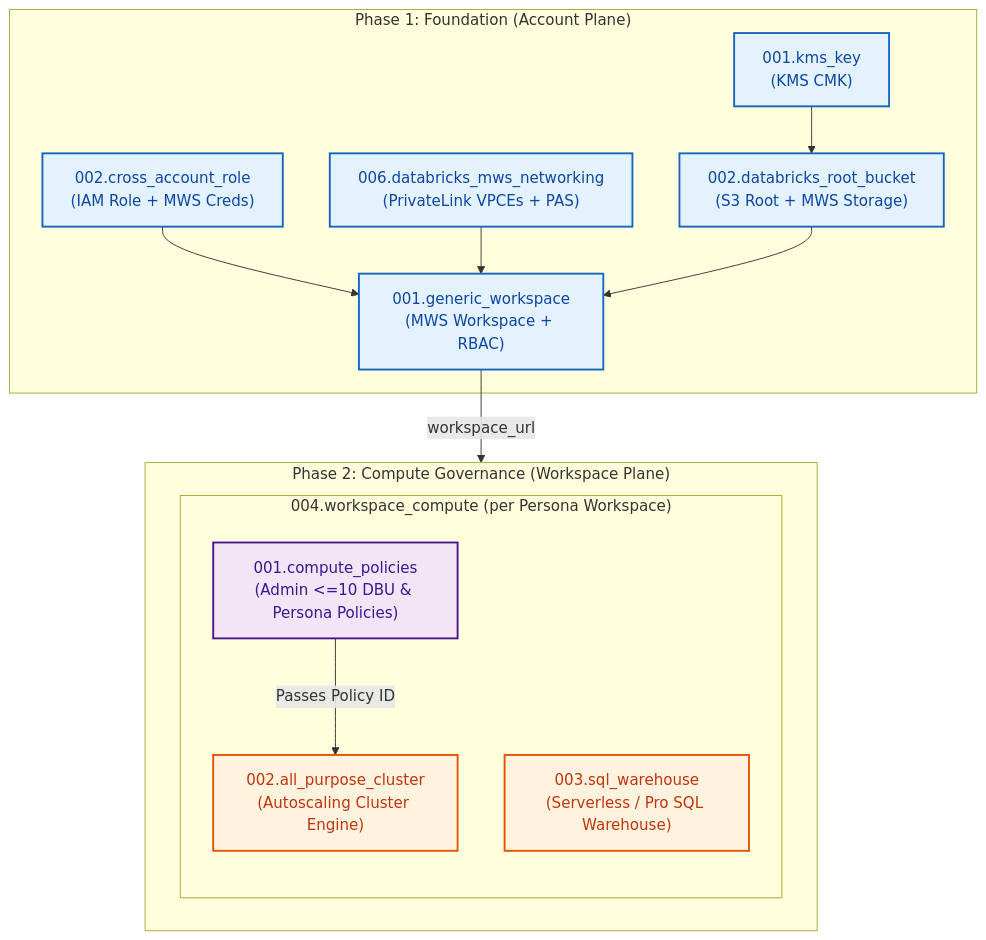
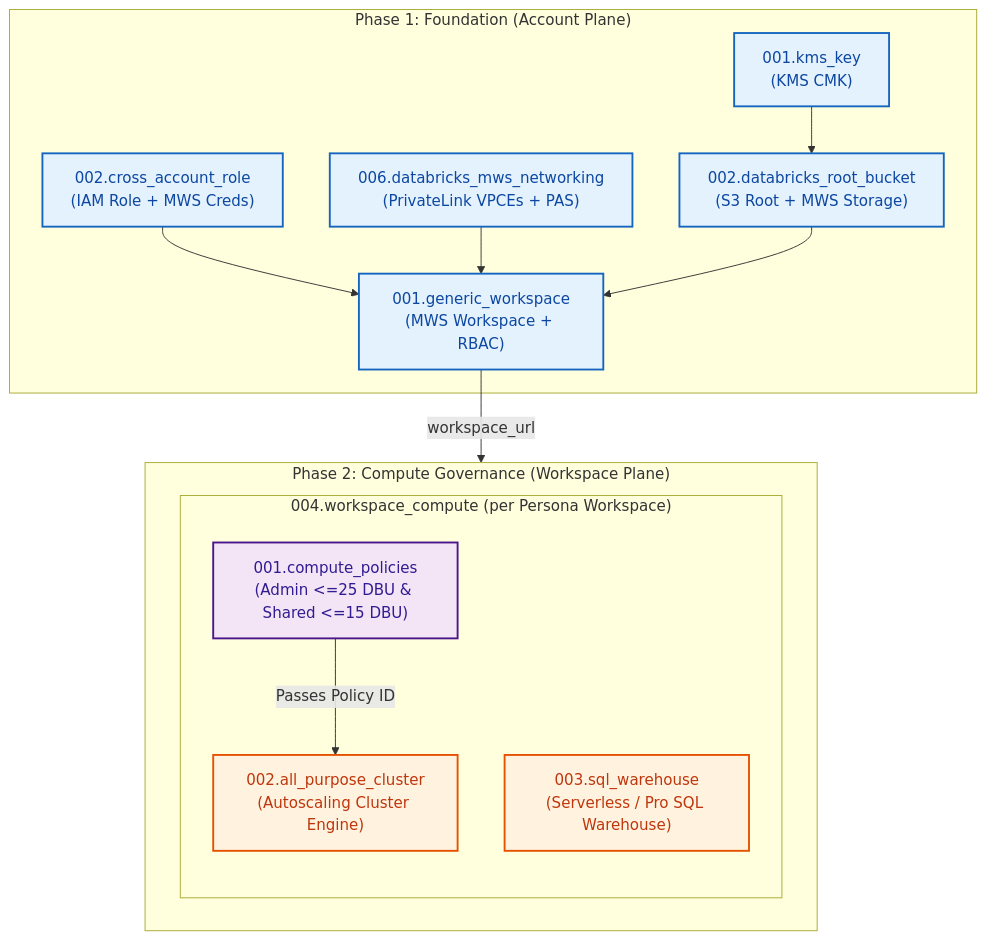
One commit to MikolajSedek/databricks_aws_deployment_03_workspaces_and_compute changed the second of 2 diagrams in README.md. Above: the diagram before and after it, drawn with Mermaid. The commit also changed other lines of this file and 40 other files, not shown here.

````diff
--- a/README.md
+++ b/README.md
@@ -172,31 +171,31 @@
 ```mermaid
 flowchart TD
     classDef infra fill:#E3F2FD,stroke:#1565C0,stroke-width:2px,color:#0D47A1;
     classDef compute fill:#FFF3E0,stroke:#E65100,stroke-width:2px,color:#BF360C;
     classDef policy fill:#F3E5F5,stroke:#4A148C,stroke-width:2px,color:#311B92;
 
     subgraph Phase1 ["Phase 1: Foundation (Account Plane)"]
         KMS["001.kms_key<br/>(KMS CMK)"]:::infra
         IAM["002.cross_account_role<br/>(IAM Role + MWS Creds)"]:::infra
         NET["006.databricks_mws_networking<br/>(PrivateLink VPCEs + PAS)"]:::infra
         S3["002.databricks_root_bucket<br/>(S3 Root + MWS Storage)"]:::infra
         WS["001.generic_workspace<br/>(MWS Workspace + RBAC)"]:::infra
 
         KMS --> S3
         IAM --> WS
         NET --> WS
         S3 --> WS
     end
 
     subgraph Phase2 ["Phase 2: Compute Governance (Workspace Plane)"]
         subgraph CompositeCompute ["004.workspace_compute (per Persona Workspace)"]
-            POL["001.compute_policies<br/>(Admin <=10 DBU & Persona Policies)"]:::policy
+            POL["001.compute_policies<br/>(Admin <=25 DBU & Shared <=15 DBU)"]:::policy
             CLS["002.all_purpose_cluster<br/>(Autoscaling Cluster Engine)"]:::compute
             SQL["003.sql_warehouse<br/>(Serverless / Pro SQL Warehouse)"]:::compute
 
             POL -->|"Passes Policy ID"| CLS
         end
     end
 
     WS -->|"workspace_url"| Phase2
 ```
````
